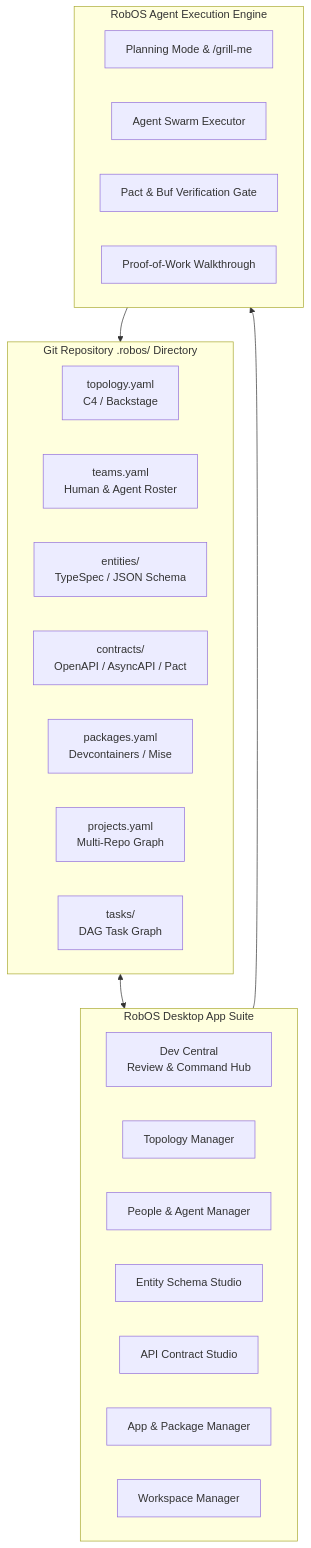
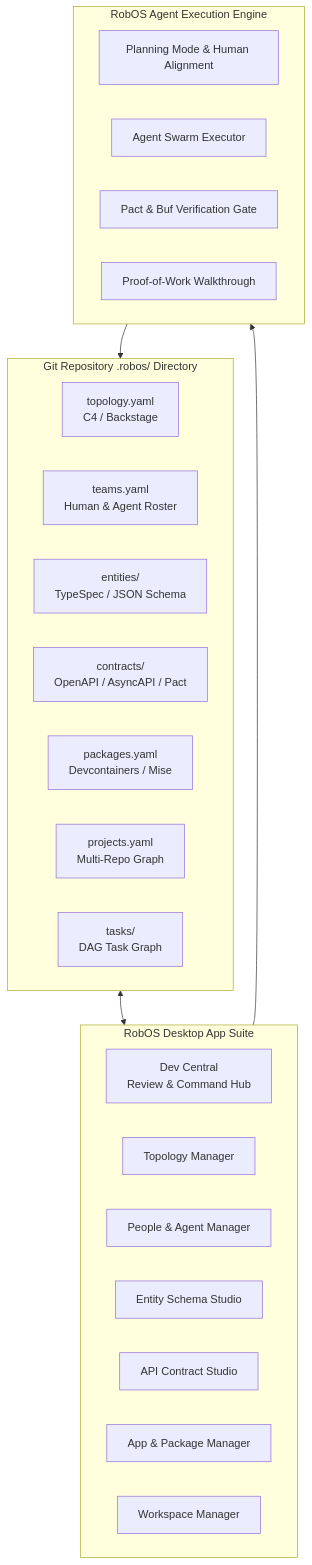
Before and after one commit to nddipiazza/robos: the diagram in docs/ideas/specs/agent-first-software-lifecycle-os.md, drawn with Mermaid. The commit also changed other lines of this file and 133 other files, not shown here.

First line of the commit message:
feat(docs): redo docs front page with narrative RobOS story and KGraph human alignment

````diff
--- a/docs/ideas/specs/agent-first-software-lifecycle-os.md
+++ b/docs/ideas/specs/agent-first-software-lifecycle-os.md
@@ -68,33 +68,33 @@
 ```mermaid
 graph TD
     subgraph GitRepo [Git Repository .robos/ Directory]
         T[topology.yaml<br/>C4 / Backstage]
         P[teams.yaml<br/>Human & Agent Roster]
         E[entities/<br/>TypeSpec / JSON Schema]
         C[contracts/<br/>OpenAPI / AsyncAPI / Pact]
         PKG[packages.yaml<br/>Devcontainers / Mise]
         PRJ[projects.yaml<br/>Multi-Repo Graph]
         TSK[tasks/<br/>DAG Task Graph]
     end
 
     subgraph RobOSApps [RobOS Desktop App Suite]
         DC[Dev Central<br/>Review & Command Hub]
         TopApp[Topology Manager]
         HRApp[People & Agent Manager]
         SchemaApp[Entity Schema Studio]
         ContractApp[API Contract Studio]
         PkgApp[App & Package Manager]
         WSApp[Workspace Manager]
     end
 
     subgraph AgentLayer [RobOS Agent Execution Engine]
-        PlanEng[Planning Mode & /grill-me]
+        PlanEng[Planning Mode & Human Alignment]
         ExecEng[Agent Swarm Executor]
         GateEng[Pact & Buf Verification Gate]
         WalkEng[Proof-of-Work Walkthrough]
     end
 
     GitRepo <--> RobOSApps
     RobOSApps --> AgentLayer
     AgentLayer --> GitRepo
 ```
````
